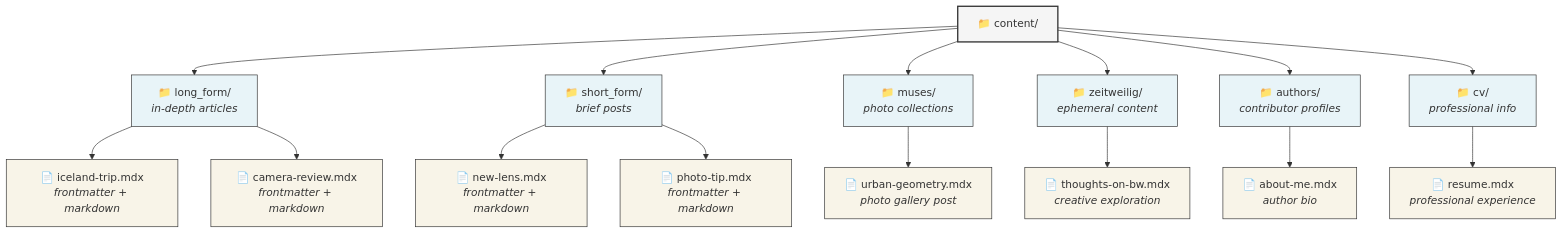
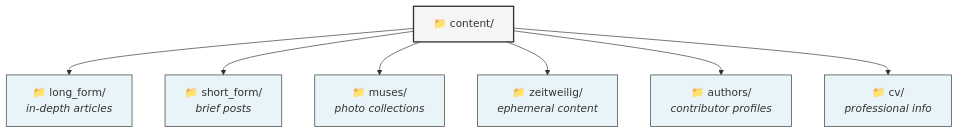
Before and after one commit to erfianugrah/revista-3: the fourth of 9 diagrams in README.md, drawn with Mermaid. The commit also changed other lines of this file, not shown here.

````diff
--- a/README.md
+++ b/README.md
@@ -134,31 +161,15 @@
 ```mermaid
 graph TD
     classDef rootDir fill:#f5f5f5,stroke:#333,stroke-width:2px
     classDef contentType fill:#e8f4f8,stroke:#333,stroke-width:1px
-    classDef mdFile fill:#f8f4e8,stroke:#333,stroke-width:1px
     
     A["📁 content/"] --> B["📁 long_form/<br><i>in-depth articles</i>"]
     A --> C["📁 short_form/<br><i>brief posts</i>"]
     A --> D["📁 muses/<br><i>photo collections</i>"]
     A --> E["📁 zeitweilig/<br><i>ephemeral content</i>"]
     A --> F["📁 authors/<br><i>contributor profiles</i>"]
     A --> G["📁 cv/<br><i>professional info</i>"]
     
-    B --> H["📄 iceland-trip.mdx<br><i>frontmatter + markdown</i>"]
-    B --> I["📄 camera-review.mdx<br><i>frontmatter + markdown</i>"]
-    
-    C --> J["📄 new-lens.mdx<br><i>frontmatter + markdown</i>"]
-    C --> K["📄 photo-tip.mdx<br><i>frontmatter + markdown</i>"]
-    
-    D --> L["📄 urban-geometry.mdx<br><i>photo gallery post</i>"]
-    
-    E --> M["📄 thoughts-on-bw.mdx<br><i>creative exploration</i>"]
-    
-    F --> N["📄 about-me.mdx<br><i>author bio</i>"]
-    
-    G --> O["📄 resume.mdx<br><i>professional experience</i>"]
-    
     class A rootDir
     class B,C,D,E,F,G contentType
-    class H,I,J,K,L,M,N,O mdFile
 ```
````
